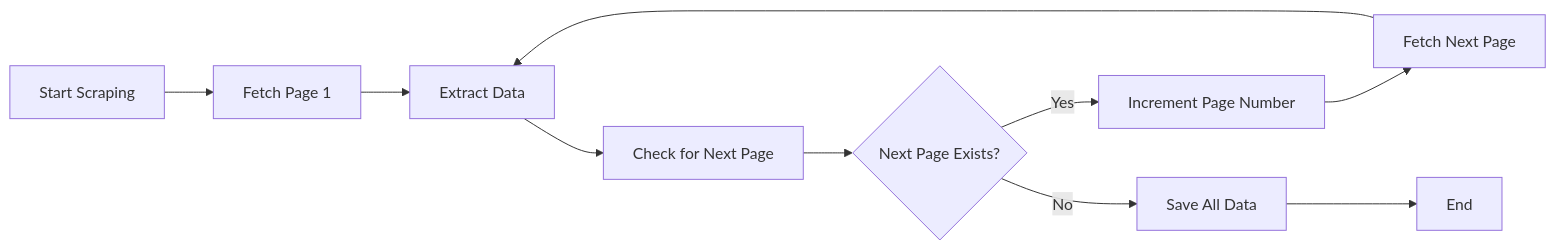
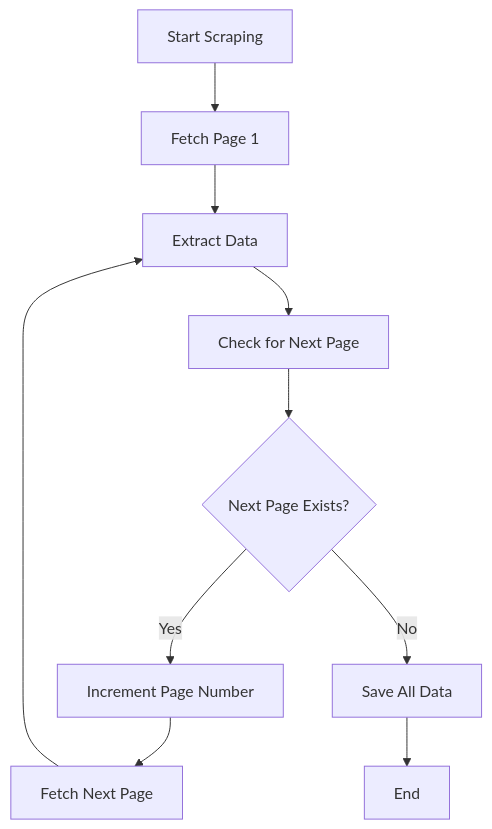
One commit to bytetunnels/bytetunnels.github.com changed the second of 3 diagrams in _posts/2025-05-04-first-scraping-project-practical-roadmap.md. Above: the diagram before and after it, drawn with Mermaid. The commit also changed 25 other files, not shown here.

Commit message:
chore: fixed mermaid charts

````diff
--- a/_posts/2025-05-04-first-scraping-project-practical-roadmap.md
+++ b/_posts/2025-05-04-first-scraping-project-practical-roadmap.md
@@ -176,12 +176,15 @@
 ```mermaid
-flowchart LR
-    A[Start Scraping] --> B[Fetch Page 1]
+flowchart TD
+    A[Start Scraping]
+    A --> B[Fetch Page 1]
     B --> C[Extract Data]
     C --> D[Check for Next Page]
     D --> E{Next Page Exists?}
+
     E -->|Yes| F[Increment Page Number]
     F --> G[Fetch Next Page]
     G --> C
+
     E -->|No| H[Save All Data]
     H --> I[End]
 ```
````
